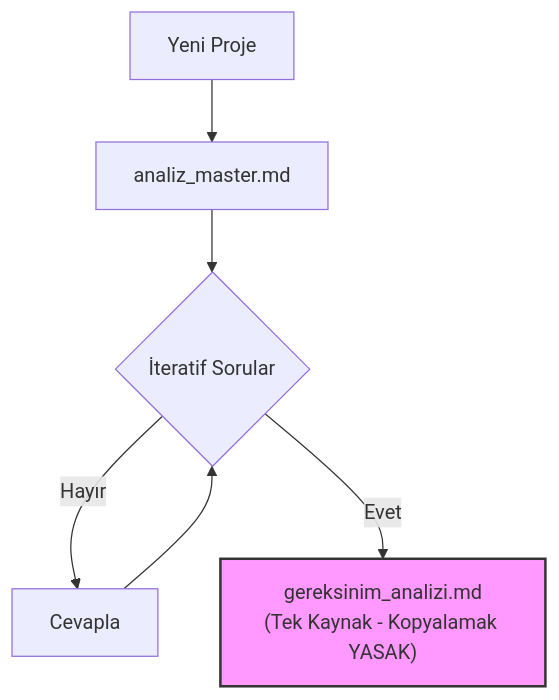
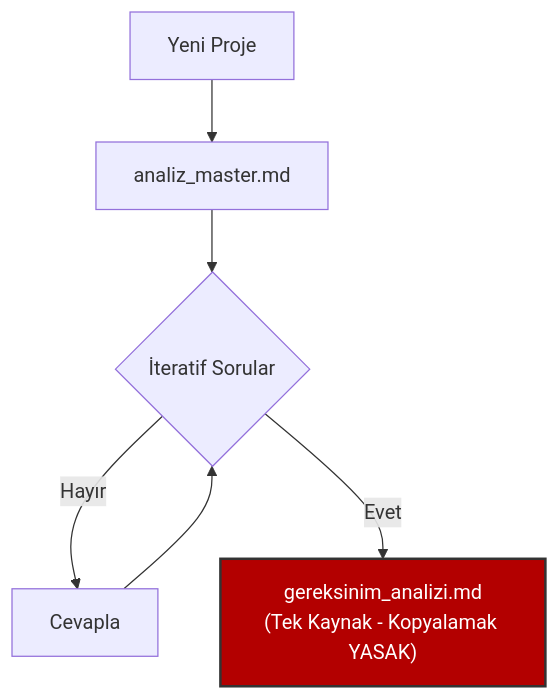
Before and after one commit to atifertugrul-kan/havsan-ai-coding-mimari-app: the first of 3 diagrams in README.md, drawn with Mermaid.

Commit message:
style: Improve Mermaid diagram readability
- Changed PRD node background to dark red (#b30000) for better contrast
- Forced white text color to fix readability issue in Dark Mode

````diff
--- a/README.md
+++ b/README.md
@@ -36,10 +36,10 @@
 ```mermaid
 graph TD
     Start[Yeni Proje] --> Init[analiz_master.md]
     Init --> Loop{İteratif Sorular}
     Loop -- Hayır --> Q[Cevapla]
     Q --> Loop
     Loop -- Evet --> PRD["gereksinim_analizi.md<br/>(Tek Kaynak - Kopyalamak YASAK)"]
     
-    style PRD fill:#f9f,stroke:#333,stroke-width:2px
+    style PRD fill:#b30000,stroke:#333,stroke-width:2px,color:#fff
 ```
````
